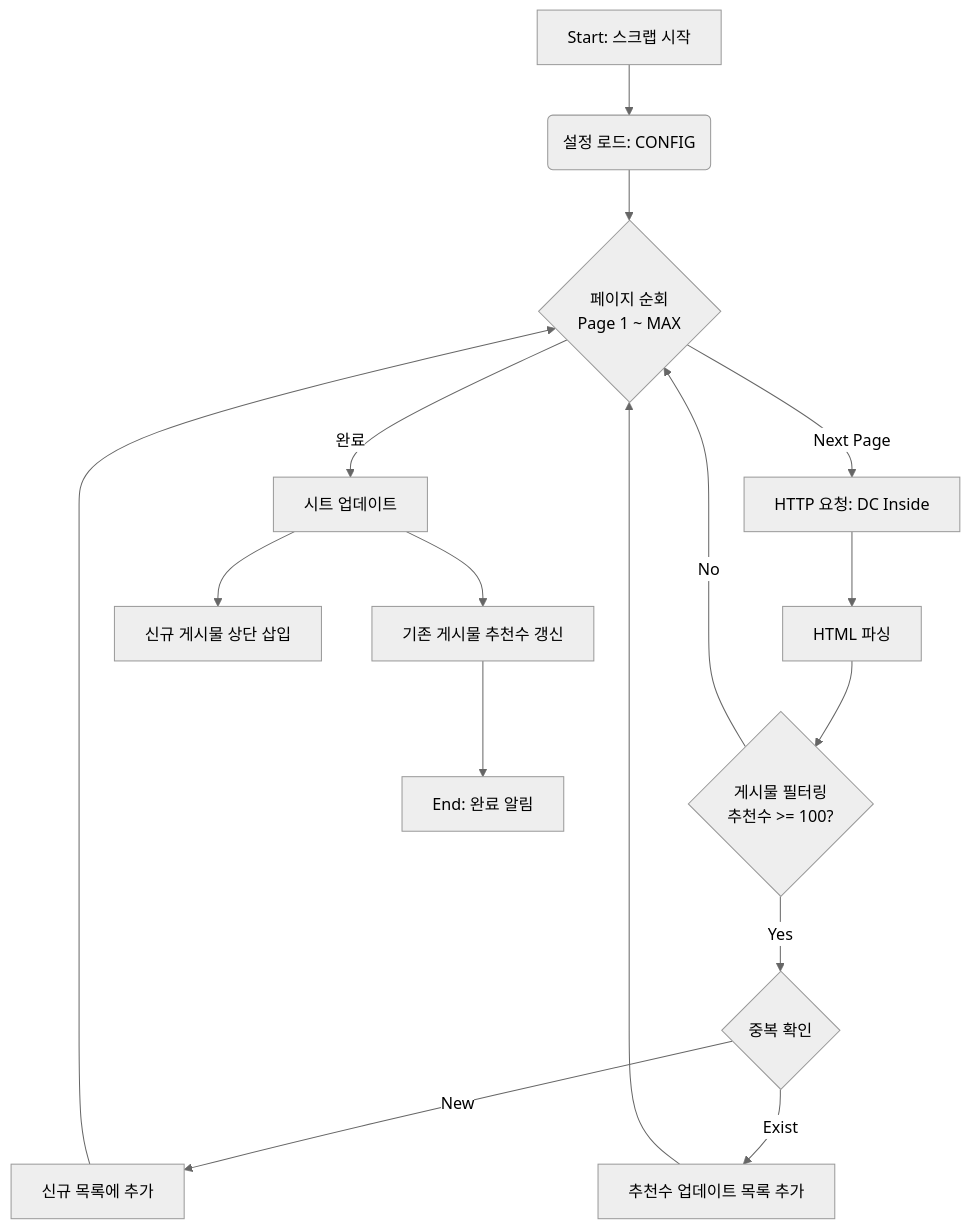
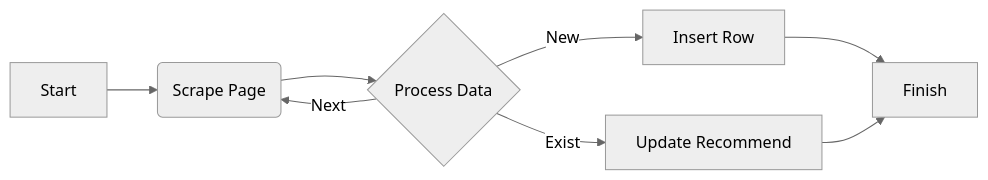
Before and after one commit to ylk0708/DCinside_Gallery-Scraper: the diagram in README.md, drawn with Mermaid (neutral theme). The commit also changed other lines of this file and 2 other files, not shown here.

Commit message:
Base_URL 개선

````diff
--- a/README.md
+++ b/README.md
@@ -54,18 +55,10 @@
 ```mermaid
-graph TD
-    A[Start: 스크랩 시작] --> B(설정 로드: CONFIG)
-    B --> C{페이지 순회<br>Page 1 ~ MAX}
-    C -->|Next Page| D[HTTP 요청: DC Inside]
-    D --> E[HTML 파싱]
-    E --> F{게시물 필터링<br>추천수 >= 100?}
-    F -- No --> C
-    F -- Yes --> G{중복 확인}
-    G -- New --> H[신규 목록에 추가]
-    G -- Exist --> I[추천수 업데이트 목록 추가]
-    H --> C
-    I --> C
-    C -- 완료 --> J[시트 업데이트]
-    J --> K[신규 게시물 상단 삽입]
-    J --> L[기존 게시물 추천수 갱신]
-    L --> M[End: 완료 알림]
+graph LR
+    A[Start] --> B(Scrape Page)
+    B --> C{Process Data}
+    C -->|New| D[Insert Row]
+    C -->|Exist| E[Update Recommend]
+    C -->|Next| B
+    D --> F[Finish]
+    E --> F
 ```
````
